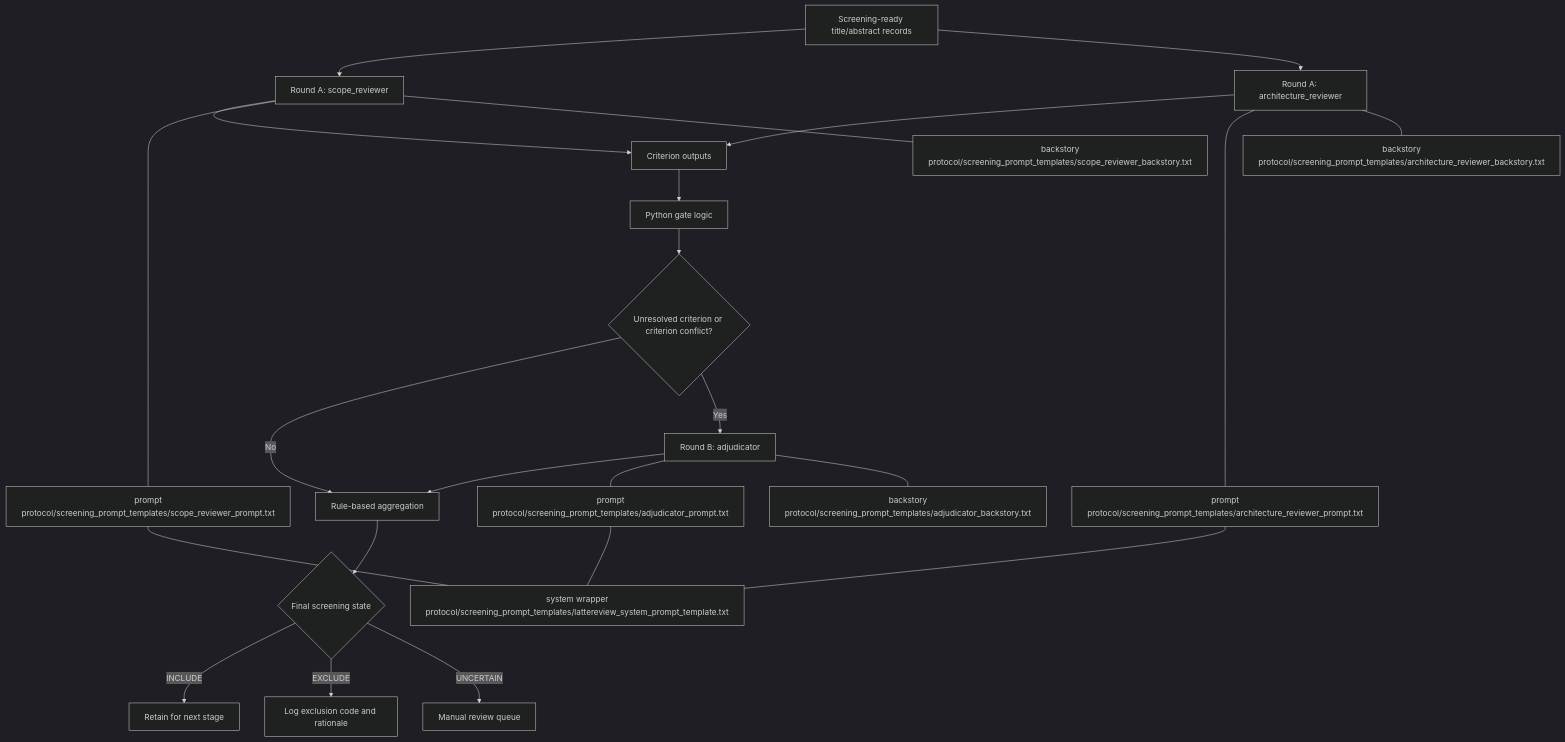
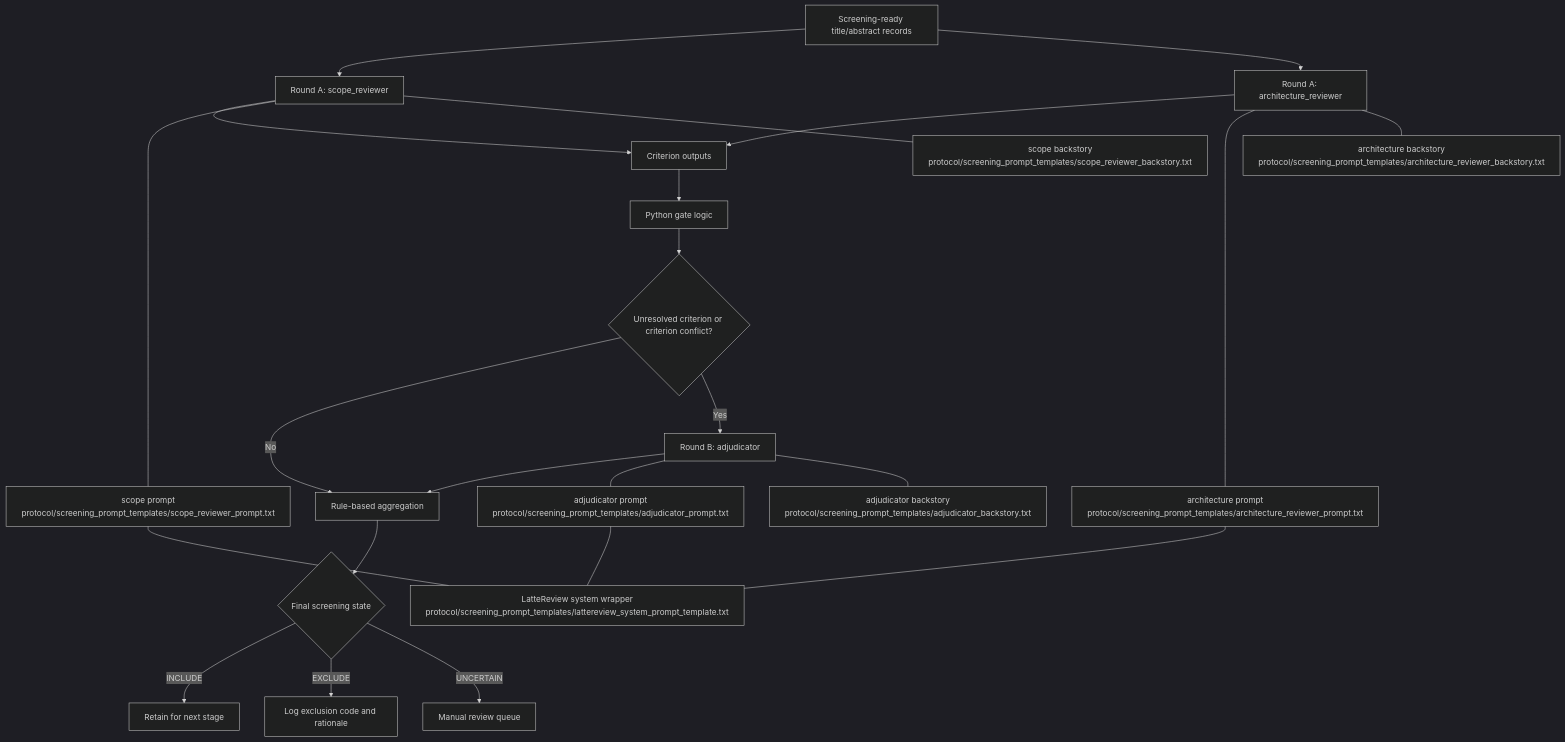
Before and after one commit to BogdanDidenko/text-bio-fundational-models-review: the diagram in README.md, drawn with Mermaid (dark theme).

Commit message:
Restore topology graph with explicit prompt paths

````diff
--- a/README.md
+++ b/README.md
@@ -82,26 +82,26 @@
 ```mermaid
 flowchart TD
     A["Screening-ready title/abstract records"] --> B["Round A: scope_reviewer"]
     A --> C["Round A: architecture_reviewer"]
     B --> D["Criterion outputs"]
     C --> D
     D --> E["Python gate logic"]
     E --> F{"Unresolved criterion or criterion conflict?"}
     F -- "No" --> G["Rule-based aggregation"]
     F -- "Yes" --> H["Round B: adjudicator"]
     H --> G
     G --> I{"Final screening state"}
     I -- "INCLUDE" --> J["Retain for next stage"]
     I -- "EXCLUDE" --> K["Log exclusion code and rationale"]
     I -- "UNCERTAIN" --> L["Manual review queue"]
 
-    B --- Bp["prompt\nprotocol/screening_prompt_templates/scope_reviewer_prompt.txt"]
-    B --- Bb["backstory\nprotocol/screening_prompt_templates/scope_reviewer_backstory.txt"]
-    C --- Cp["prompt\nprotocol/screening_prompt_templates/architecture_reviewer_prompt.txt"]
-    C --- Cb["backstory\nprotocol/screening_prompt_templates/architecture_reviewer_backstory.txt"]
-    H --- Hp["prompt\nprotocol/screening_prompt_templates/adjudicator_prompt.txt"]
-    H --- Hb["backstory\nprotocol/screening_prompt_templates/adjudicator_backstory.txt"]
-    Bp --- Sp["system wrapper\nprotocol/screening_prompt_templates/lattereview_system_prompt_template.txt"]
+    B --- Bp["scope prompt\nprotocol/screening_prompt_templates/scope_reviewer_prompt.txt"]
+    B --- Bb["scope backstory\nprotocol/screening_prompt_templates/scope_reviewer_backstory.txt"]
+    C --- Cp["architecture prompt\nprotocol/screening_prompt_templates/architecture_reviewer_prompt.txt"]
+    C --- Cb["architecture backstory\nprotocol/screening_prompt_templates/architecture_reviewer_backstory.txt"]
+    H --- Hp["adjudicator prompt\nprotocol/screening_prompt_templates/adjudicator_prompt.txt"]
+    H --- Hb["adjudicator backstory\nprotocol/screening_prompt_templates/adjudicator_backstory.txt"]
+    Bp --- Sp["LatteReview system wrapper\nprotocol/screening_prompt_templates/lattereview_system_prompt_template.txt"]
     Cp --- Sp
     Hp --- Sp
 ```
````
